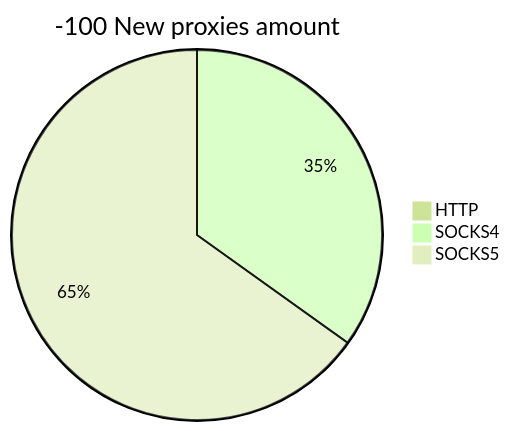
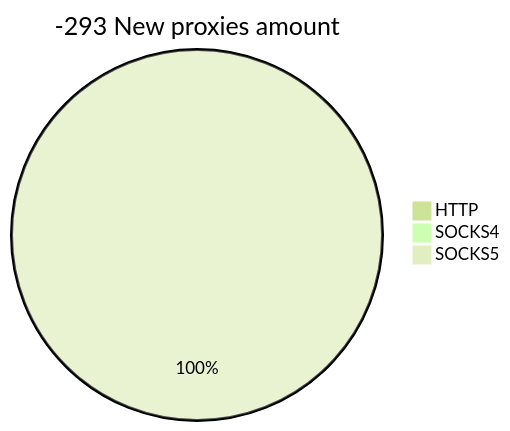
One commit to cutipu/proxylist changed the second of 2 diagrams in README.md. Above: the diagram before and after it, drawn with Mermaid (forest theme). The commit also changed other lines of this file, not shown here.

````diff
--- a/README.md
+++ b/README.md
@@ -10,6 +10,6 @@
 ```mermaid
-pie title -100 New proxies amount
+pie title -293 New proxies amount
     "HTTP" : 0
-    "SOCKS4" : 15
-    "SOCKS5" : 28
+    "SOCKS4" : 0
+    "SOCKS5" : 22
 ```
````
